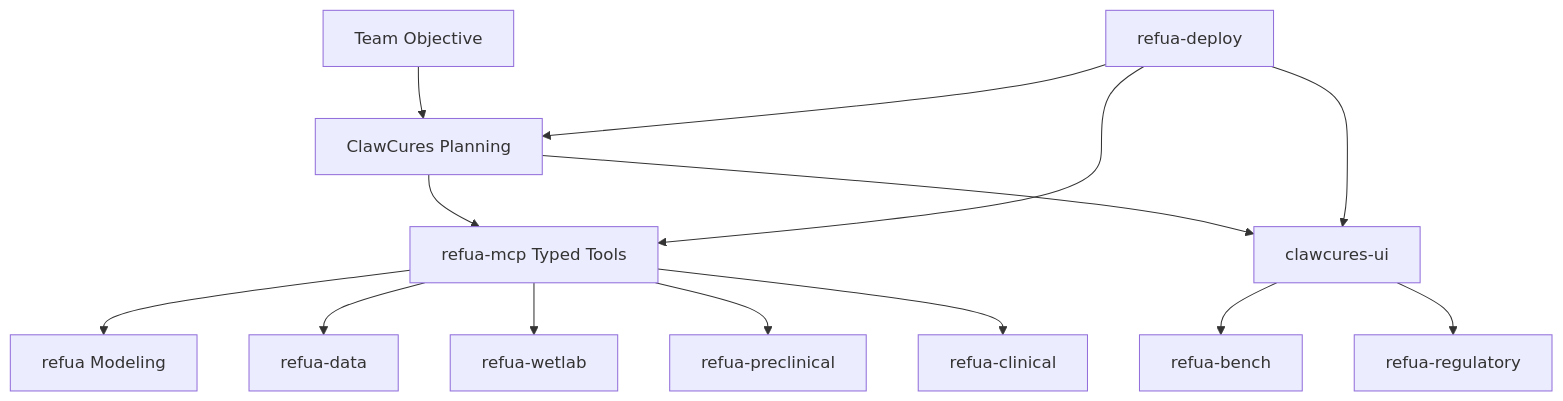
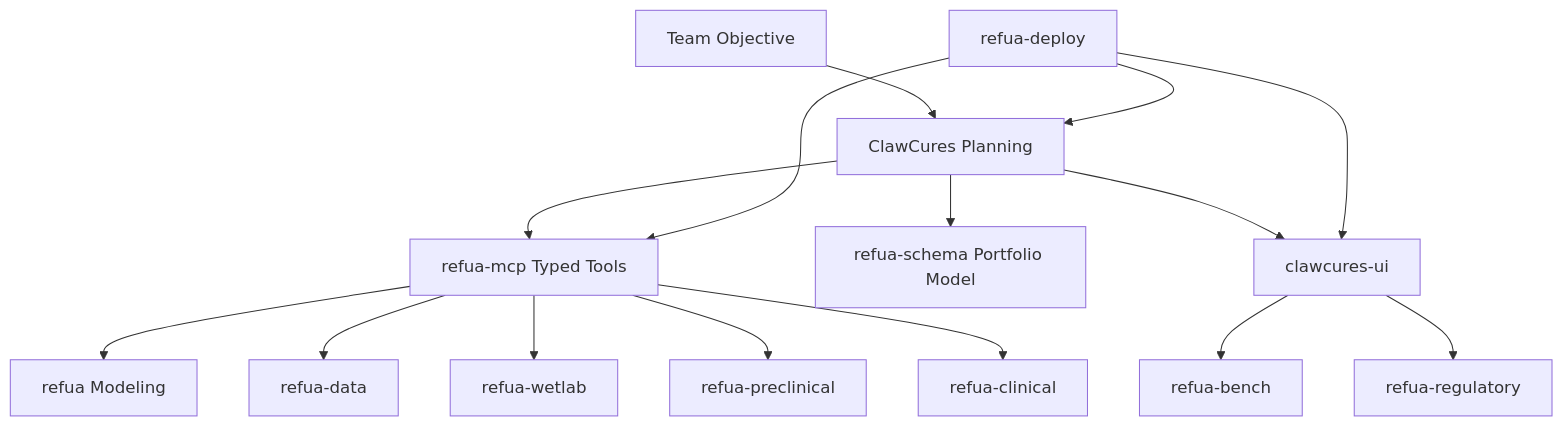
One commit to agentcures/.github changed the diagram in guidebook/README.md. Above: the diagram before and after it, drawn with Mermaid. The commit also changed 3 other files, not shown here.

Commit message:
Add refua-schema to org docs

````diff
--- a/guidebook/README.md
+++ b/guidebook/README.md
@@ -60,16 +60,17 @@
 ```mermaid
 flowchart TD
     U[Team Objective] --> C[ClawCures Planning]
     C --> M[refua-mcp Typed Tools]
     M --> R[refua Modeling]
     M --> D[refua-data]
     M --> W[refua-wetlab]
     M --> P[refua-preclinical]
     M --> L[refua-clinical]
+    C --> H[refua-schema Portfolio Model]
     C --> S[clawcures-ui]
     S --> B[refua-bench]
     S --> G[refua-regulatory]
     X[refua-deploy] --> C
     X --> M
     X --> S
 ```
````
